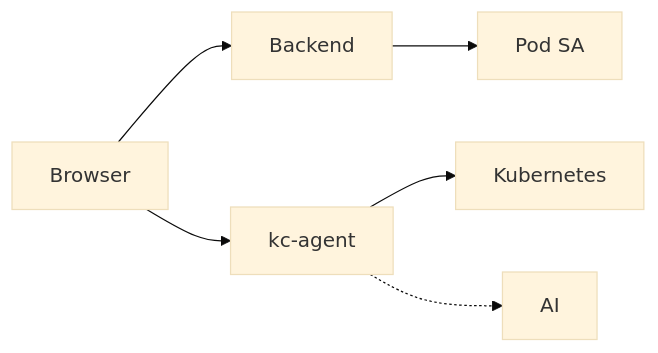
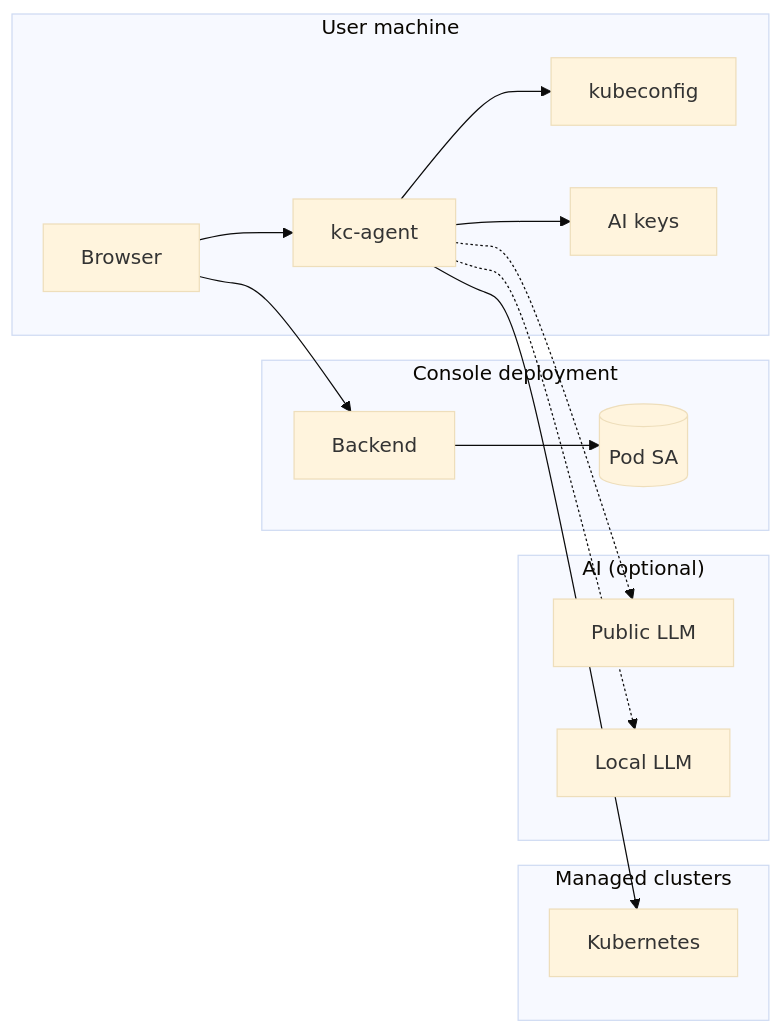
The first of 6 diagrams in docs/content/console/security-model.md (kubestellar/docs), drawn with Mermaid (base theme) before and after one commit. The commit also changed other lines of this file, not shown here.

````diff
--- a/docs/content/console/security-model.md
+++ b/docs/content/console/security-model.md
@@ -29,8 +29,33 @@
 ```mermaid
+%%{init: {'flowchart': {'htmlLabels': false, 'useMaxWidth': false}}}%%
 flowchart LR
-    B[Browser] --> GB[Backend]
-    B --> KA[kc-agent]
-    KA --> K8S[Kubernetes]
-    KA -.-> AI[AI]
-    GB --> POD[Pod SA]
+    subgraph User["User machine"]
+        B[Browser]
+        KA[kc-agent]
+        KC[kubeconfig]
+        CFG[AI keys]
+    end
+
+    subgraph Console["Console deployment"]
+        GB[Backend]
+        POD[(Pod SA)]
+    end
+
+    subgraph Clusters["Managed clusters"]
+        K8S[Kubernetes]
+    end
+
+    subgraph AI["AI (optional)"]
+        PUB[Public LLM]
+        LOCAL[Local LLM]
+    end
+
+    B --> GB
+    B --> KA
+    KA --> KC
+    KA --> CFG
+    KA --> K8S
+    KA -.-> PUB
+    KA -.-> LOCAL
+    GB --> POD
 ```
````
